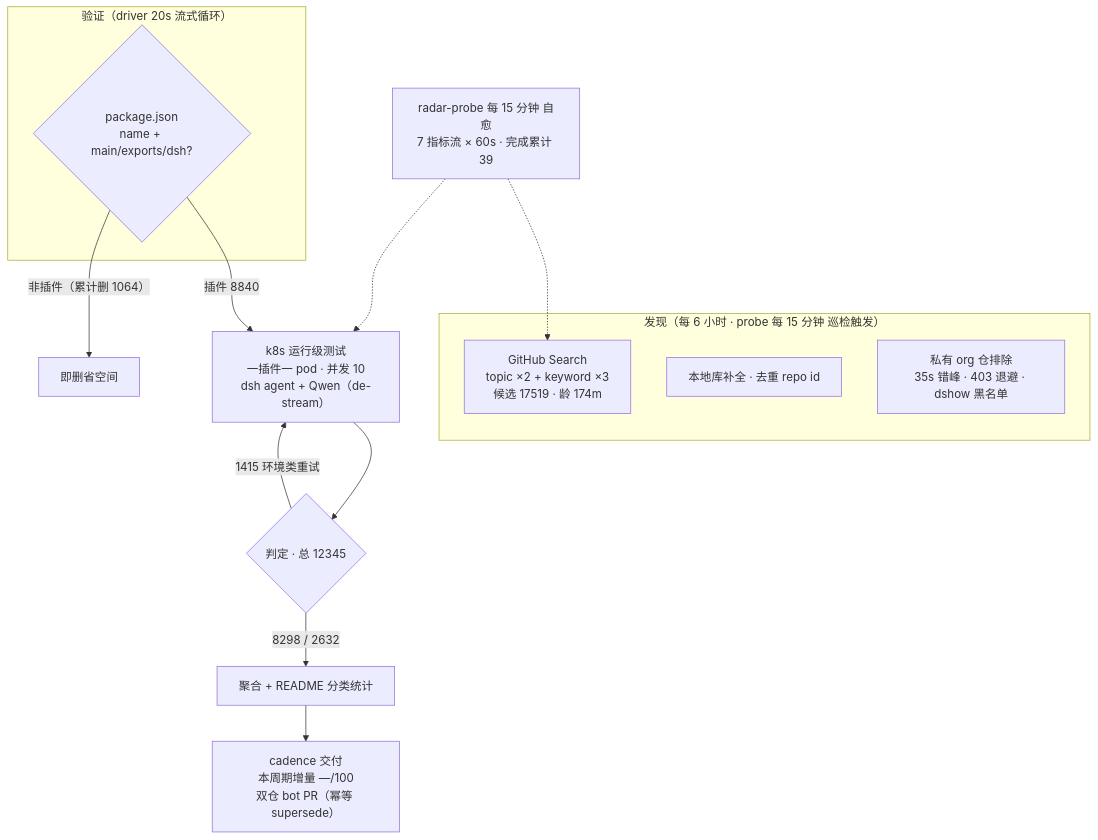
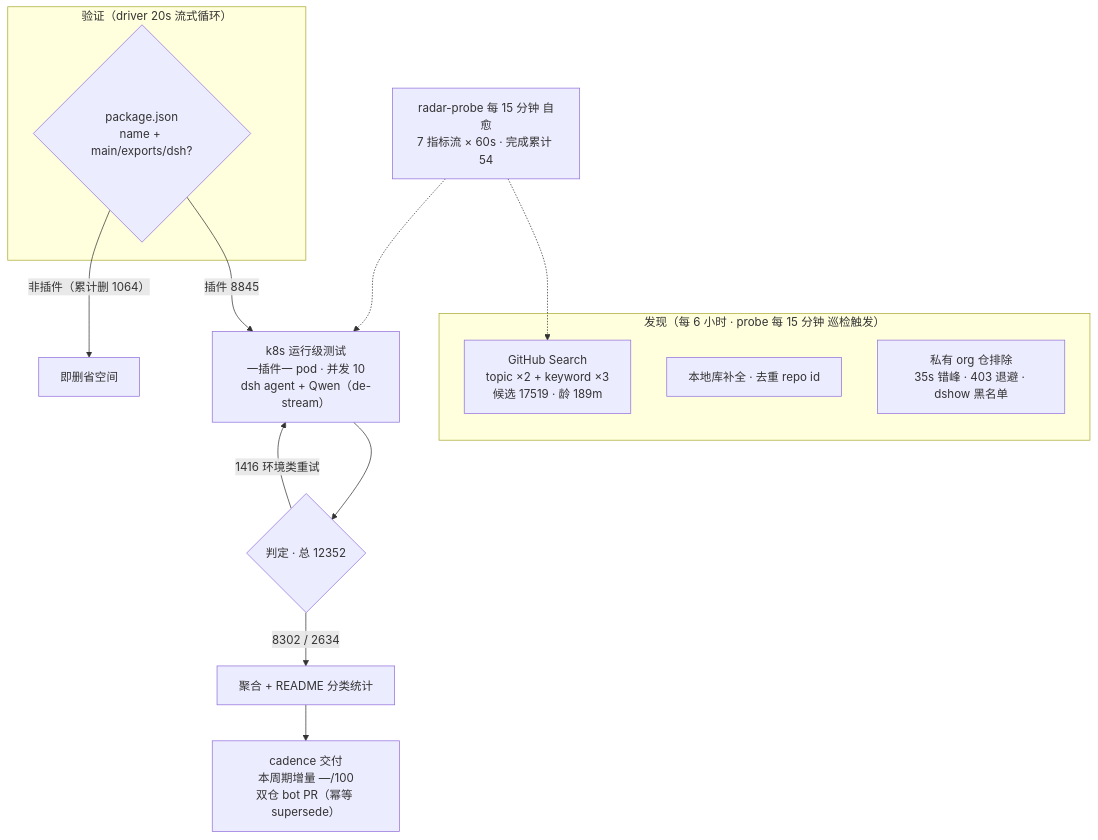
One commit to Zhidao-Lab-OSS/awesome-dsh-plugins changed the diagram in README.md. Above: the diagram before and after it, drawn with Mermaid. The commit also changed other lines of this file and 1 other file, not shown here.

````diff
--- a/README.md
+++ b/README.md
@@ -52,20 +52,20 @@
 ```mermaid
 flowchart TB
     subgraph Discovery["发现（每 6 小时 · probe 每 15 分钟 巡检触发）"]
-        A1["GitHub Search<br/>topic ×2 + keyword ×3<br/>候选 17519 · 龄 174m"]
+        A1["GitHub Search<br/>topic ×2 + keyword ×3<br/>候选 17519 · 龄 189m"]
         A2["本地库补全 · 去重 repo id"]
         A3["私有 org 仓排除<br/>35s 错峰 · 403 退避 · dshow 黑名单"]
     end
     subgraph Validation["验证（driver 20s 流式循环）"]
         B1{"package.json<br/>name + main/exports/dsh?"}
     end
-    B1 -->|"插件 8840"| C1["k8s 运行级测试<br/>一插件一 pod · 并发 10<br/>dsh agent + Qwen（de-stream）"]
+    B1 -->|"插件 8845"| C1["k8s 运行级测试<br/>一插件一 pod · 并发 10<br/>dsh agent + Qwen（de-stream）"]
     B1 -->|"非插件（累计删 1064）"| B3["即删省空间"]
-    C1 --> D1{"判定 · 总 12345"}
-    D1 -->|"8298 / 2632"| E1["聚合 + README 分类统计"]
-    D1 -->|"1415 环境类重试"| C1
+    C1 --> D1{"判定 · 总 12352"}
+    D1 -->|"8302 / 2634"| E1["聚合 + README 分类统计"]
+    D1 -->|"1416 环境类重试"| C1
     E1 --> E2["cadence 交付<br/>本周期增量 —/100<br/>双仓 bot PR（幂等 supersede）"]
-    M["radar-probe 每 15 分钟 自愈<br/>7 指标流 × 60s · 完成累计 39"]
+    M["radar-probe 每 15 分钟 自愈<br/>7 指标流 × 60s · 完成累计 54"]
     M -.-> A1
     M -.-> C1
 ```
````
